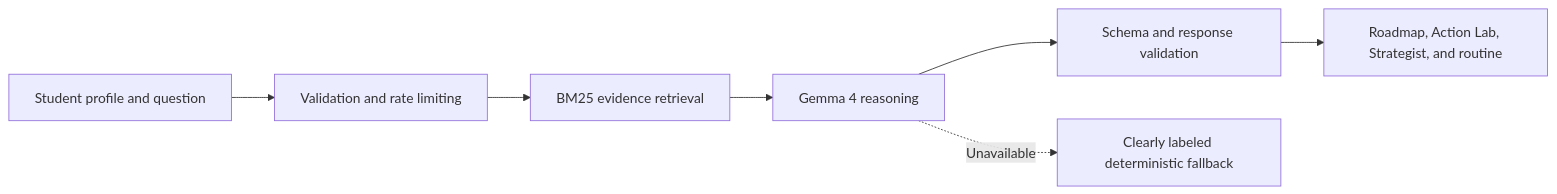
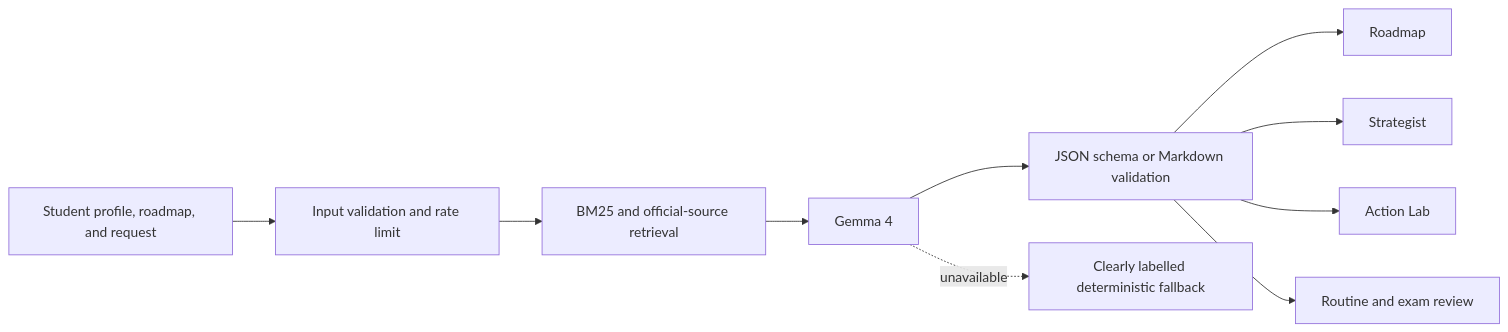
The diagram in README.md (ImtiazHossain-Eshan/polaris-gemma4), drawn with Mermaid before and after one commit. The commit also changed other lines of this file and 12 other files, not shown here.

````diff
--- a/README.md
+++ b/README.md
@@ -94,9 +110,12 @@
 ```mermaid
 flowchart LR
-  A["Student profile and question"] --> B["Validation and rate limiting"]
-  B --> C["BM25 evidence retrieval"]
-  C --> D["Gemma 4 reasoning"]
-  D --> E["Schema and response validation"]
-  E --> F["Roadmap, Action Lab, Strategist, and routine"]
-  D -. "Unavailable" .-> G["Clearly labeled deterministic fallback"]
+  A[Student profile, roadmap, and request] --> B[Input validation and rate limit]
+  B --> C[BM25 and official-source retrieval]
+  C --> D[Gemma 4]
+  D --> E[JSON schema or Markdown validation]
+  E --> F[Roadmap]
+  E --> G[Strategist]
+  E --> H[Action Lab]
+  E --> I[Routine and exam review]
+  D -. unavailable .-> J[Clearly labelled deterministic fallback]
 ```
````
